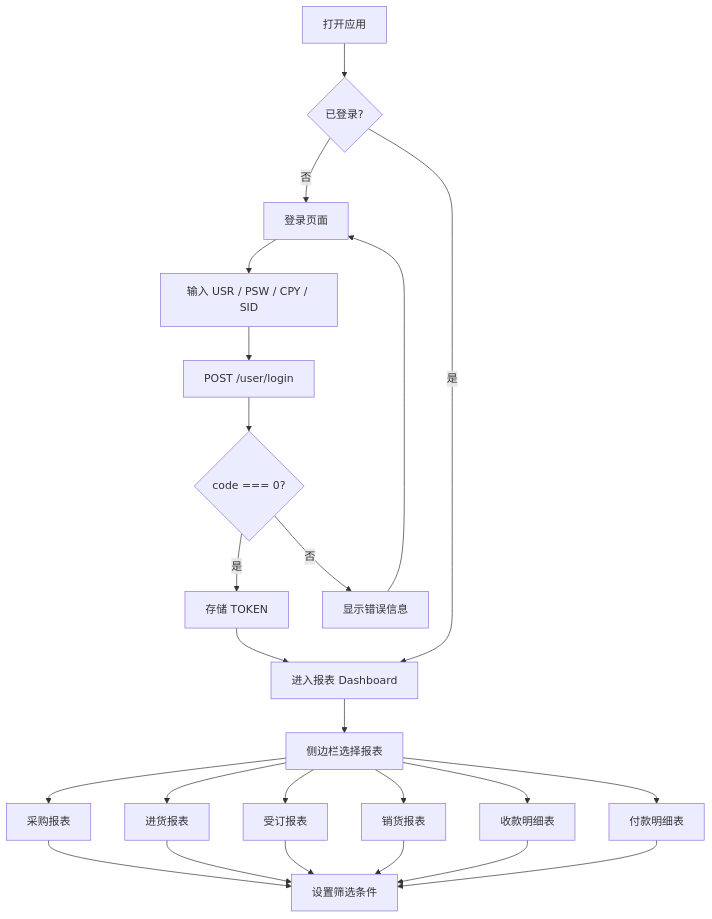
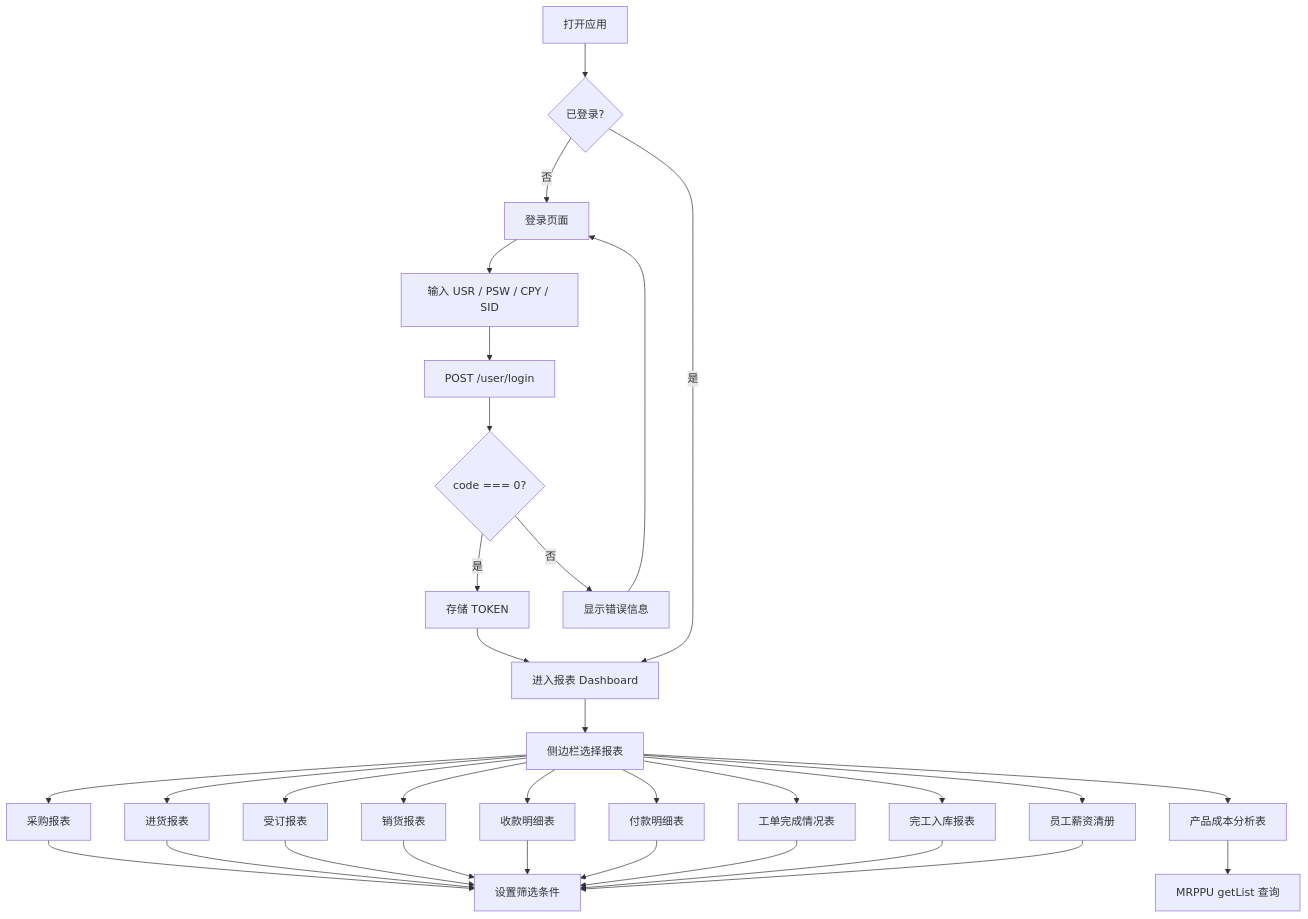
One commit to ksmingkimo/AsCoding changed the first of 9 diagrams in 流程图.md. Above: the diagram before and after it, drawn with Mermaid. The commit also changed other lines of this file and 27 other files, not shown here.

````diff
--- a/流程图.md
+++ b/流程图.md
@@ -10,29 +10,37 @@
 ```mermaid
 flowchart TD
     A[打开应用] --> B{已登录?}
     B -->|否| C[登录页面]
     C --> D[输入 USR / PSW / CPY / SID]
     D --> E[POST /user/login]
     E --> F{code === 0?}
     F -->|是| G[存储 TOKEN]
     F -->|否| H[显示错误信息]
     H --> C
     G --> I[进入报表 Dashboard]
 
     B -->|是| I
 
     I --> J[侧边栏选择报表]
     J --> K1[采购报表]
     J --> K2[进货报表]
     J --> K3[受订报表]
     J --> K4[销货报表]
     J --> K5[收款明细表]
     J --> K6[付款明细表]
+    J --> K7[工单完成情况表]
+    J --> K8[完工入库报表]
+    J --> K9[产品成本分析表]
+    J --> K10[员工薪资清册]
 
     K1 --> L[设置筛选条件]
     K2 --> L
     K3 --> L
     K4 --> L
     K5 --> L
     K6 --> L
+    K7 --> L
+    K8 --> L
+    K9 --> M[MRPPU getList 查询]
+    K10 --> L
 ```
````
